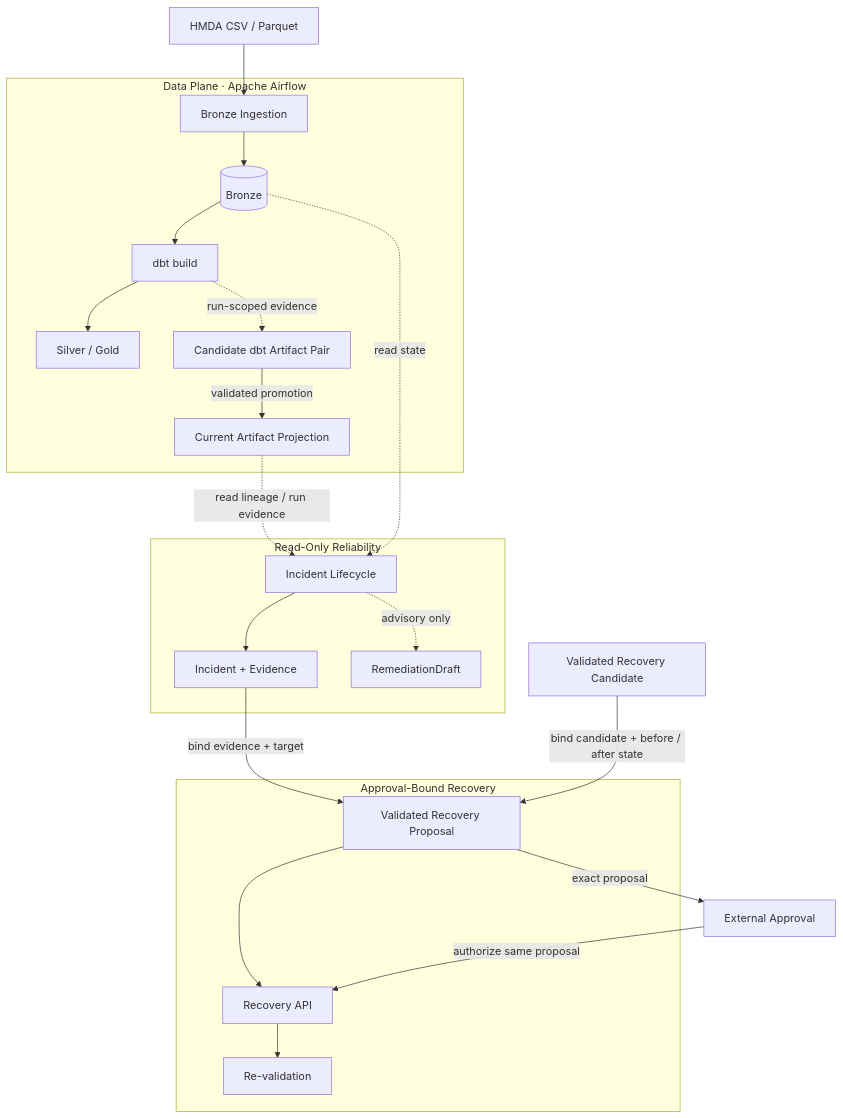
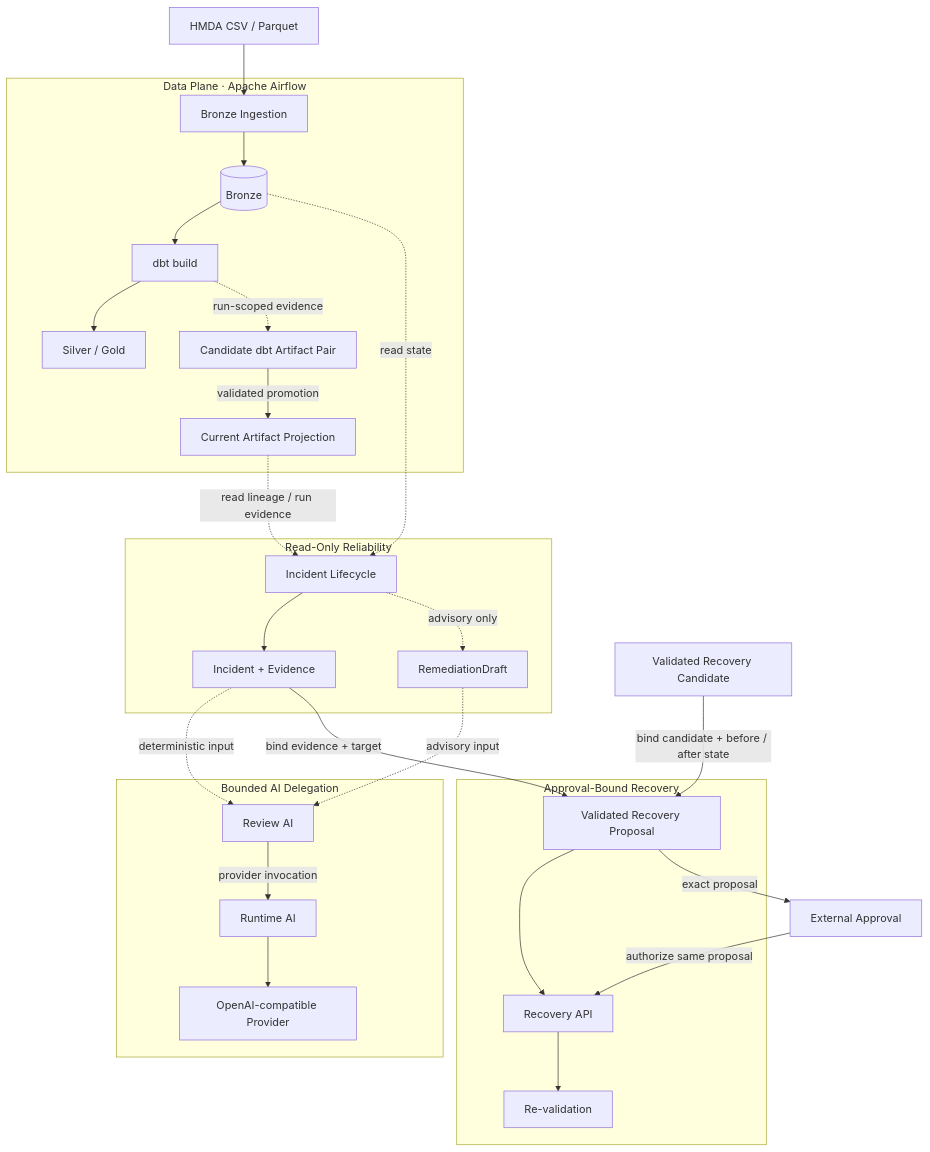
The diagram in docs/ARCHITECTURE.md (mols3131d/hmda-data-reliability), drawn with Mermaid before and after one commit. The commit also changed other lines of this file and 7 other files, not shown here.

Commit message:
docs(ai): align review and runtime ownership

````diff
--- a/docs/ARCHITECTURE.md
+++ b/docs/ARCHITECTURE.md
@@ -22,28 +22,35 @@
 ```mermaid
 flowchart TB
     files["HMDA CSV / Parquet"]
 
     subgraph data_plane ["Data Plane · Apache Airflow"]
         ingest["Bronze Ingestion"] --> bronze[("Bronze")]
         bronze --> dbt["dbt build"] --> analytics["Silver / Gold"]
         dbt -.->|run-scoped evidence| candidate_artifacts["Candidate dbt Artifact Pair"]
         candidate_artifacts -->|validated promotion| current_artifacts["Current Artifact Projection"]
     end
 
     subgraph analysis_plane ["Read-Only Reliability"]
         lifecycle["Incident Lifecycle"] --> incident["Incident + Evidence"]
         lifecycle -.->|advisory only| draft["RemediationDraft"]
     end
 
+    subgraph ai_plane ["Bounded AI Delegation"]
+        review["Review AI"] -->|provider invocation| runtime["Runtime AI"]
+        runtime --> provider["OpenAI-compatible Provider"]
+    end
+
     subgraph recovery_plane ["Approval-Bound Recovery"]
         proposal["Validated Recovery Proposal"] --> recovery["Recovery API"] --> verify["Re-validation"]
     end
 
     files --> ingest
     bronze -.->|read state| lifecycle
     current_artifacts -.->|read lineage / run evidence| lifecycle
+    incident -.->|deterministic input| review
+    draft -.->|advisory input| review
     incident -->|bind evidence + target| proposal
     recovery_candidate["Validated Recovery Candidate"] -->|bind candidate + before / after state| proposal
     proposal -->|exact proposal| approval["External Approval"]
     approval -->|authorize same proposal| recovery
 ```
````
